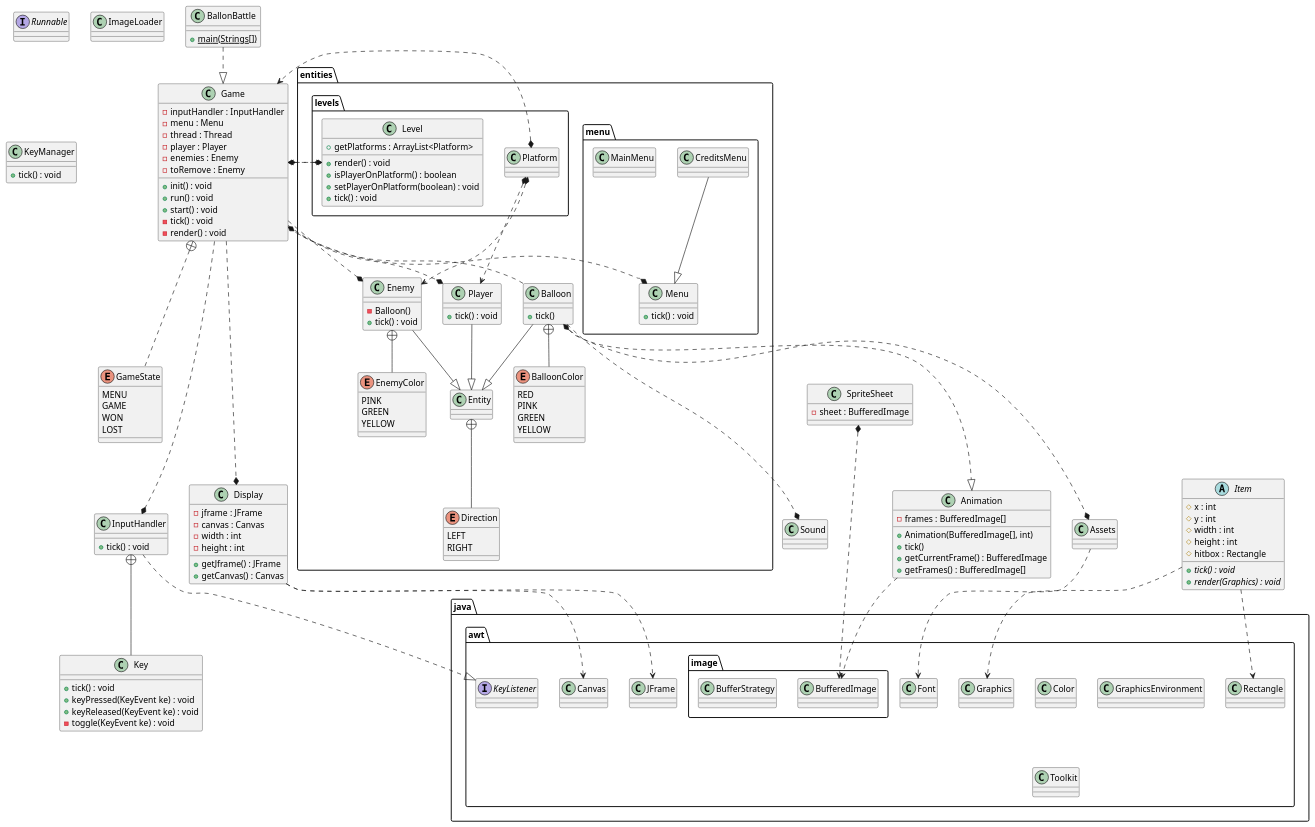
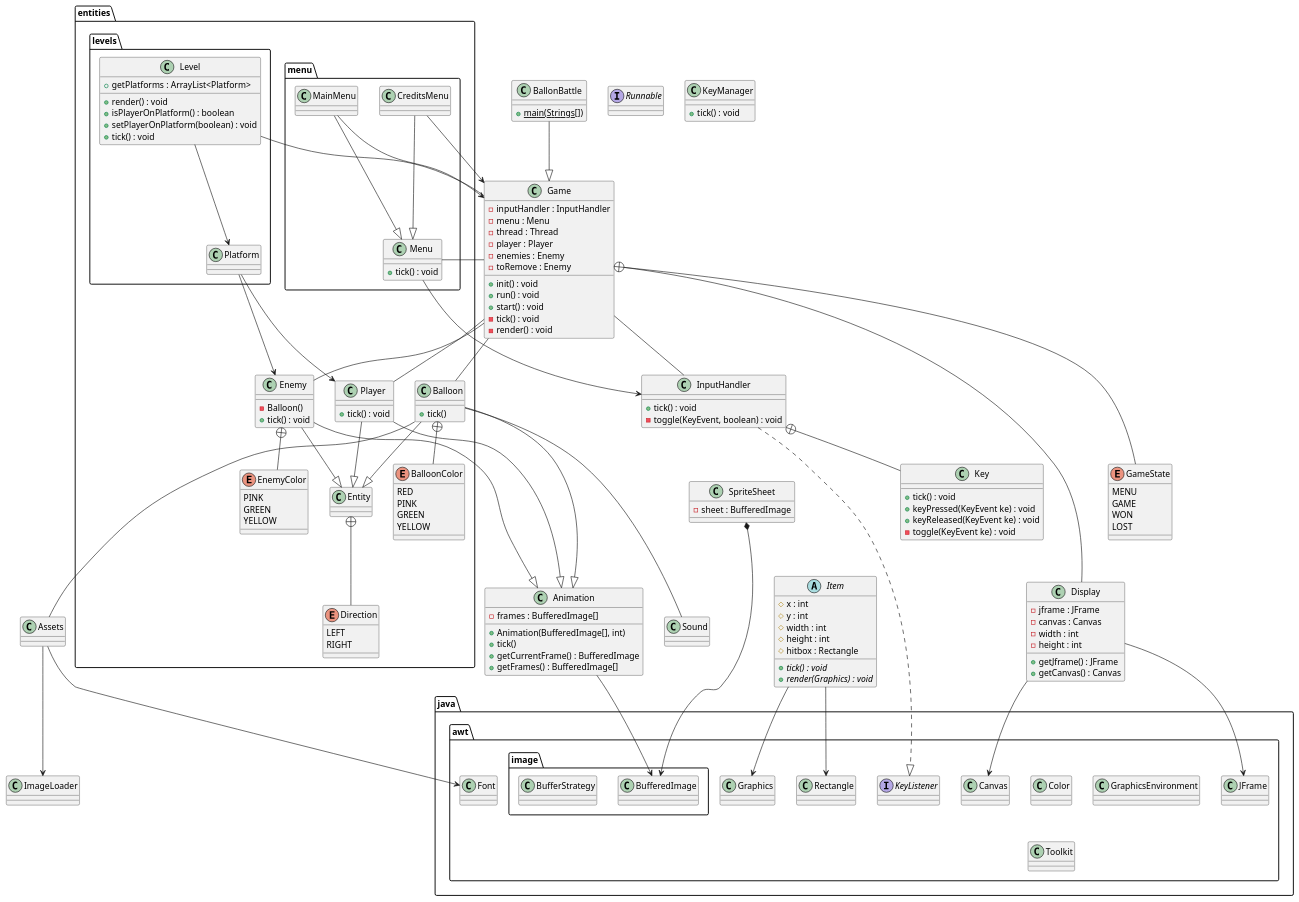
One commit to carl-stewart/balloon-battle changed the diagram in doc/1-UML.puml. Above: the diagram before and after it, drawn with PlantUML.

Commit message:
updated uml

```diff
--- a/doc/1-UML.puml
+++ b/doc/1-UML.puml
@@ -53,7 +53,7 @@
 
 class InputHandler {
 +tick() : void
-
+- toggle(KeyEvent, boolean) : void
 }
 
 class Key {
@@ -166,48 +166,60 @@
         class BufferStrategy
     }
 }
-BallonBattle ..|> Game
+BallonBattle --|> Game
 Balloon +-- BalloonColor
 Balloon --|> Entity
 
 Enemy --|> Entity
+Enemy --|> Animation
+
 Player --|> Entity
-Balloon *...|> Animation
-Balloon ...* Assets
-Balloon ...* Game
-Balloon ...* Sound
+Player --|> Animation
 
-Display ..> JFrame
-Display ..> Canvas
+Balloon ---|> Animation
+Balloon --- Assets
+Balloon --- Game
+Balloon --- Sound
 
-Assets ..> Font
+Display --> JFrame
+Display --> Canvas
 
-Item ..> Rectangle
-Item ..> Graphics
+Assets --> Font
+Assets --> ImageLoader
+
+Item --> Rectangle
+Item --> Graphics
 InputHandler +-- Key
 
 Entity +-- Direction
     Enemy +-- EnemyColor
 
-Game ..* Enemy
-Game ..* Player
-Game ..* Display
-Game ...* Menu
-Game ..* InputHandler
-Game +... GameState
+Game -- Enemy
+Game -- Player
+Game -- Display
+Game --- Menu
+Game -- InputHandler
+Game +--- GameState
 
 
-Game *..> Level
-Level *..> Game
-Platform *..> Game
-Platform *..> Player
-Platform *..> Enemy
+Game -- Level
+Level --> Platform
+
+Platform --> Player
+Platform --> Enemy
+
+
+CreditsMenu --|> Menu
+CreditsMenu --> Game
 
 InputHandler ..|> KeyListener
-        CreditsMenu --|> Menu
 
+MainMenu --|> Menu
+MainMenu --> Game
 
-Animation ..> BufferedImage
-SpriteSheet *...> BufferedImage
+Menu --> InputHandler
+
+Animation --> BufferedImage
+SpriteSheet *---> BufferedImage
 
 @enduml
```
